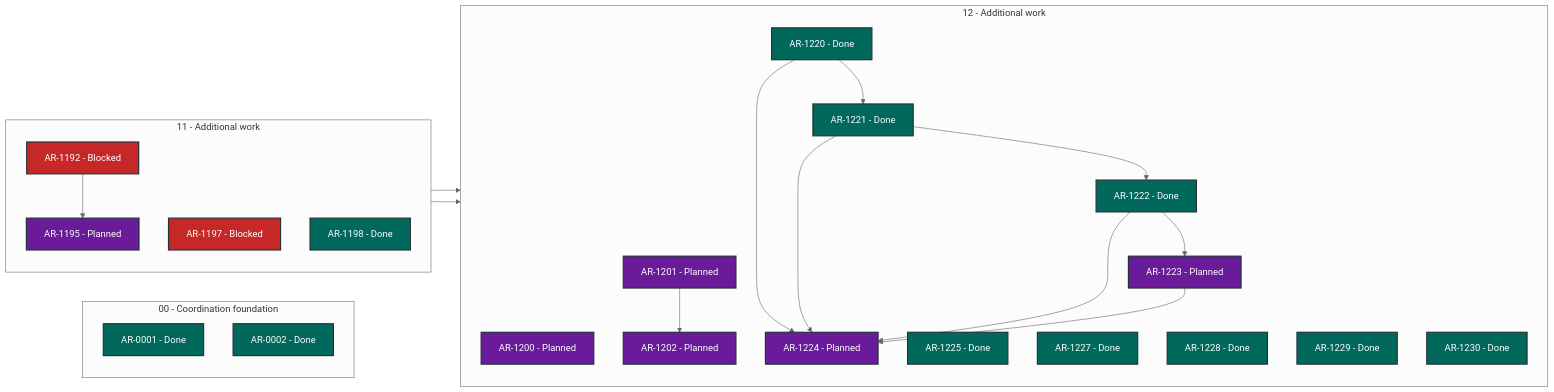
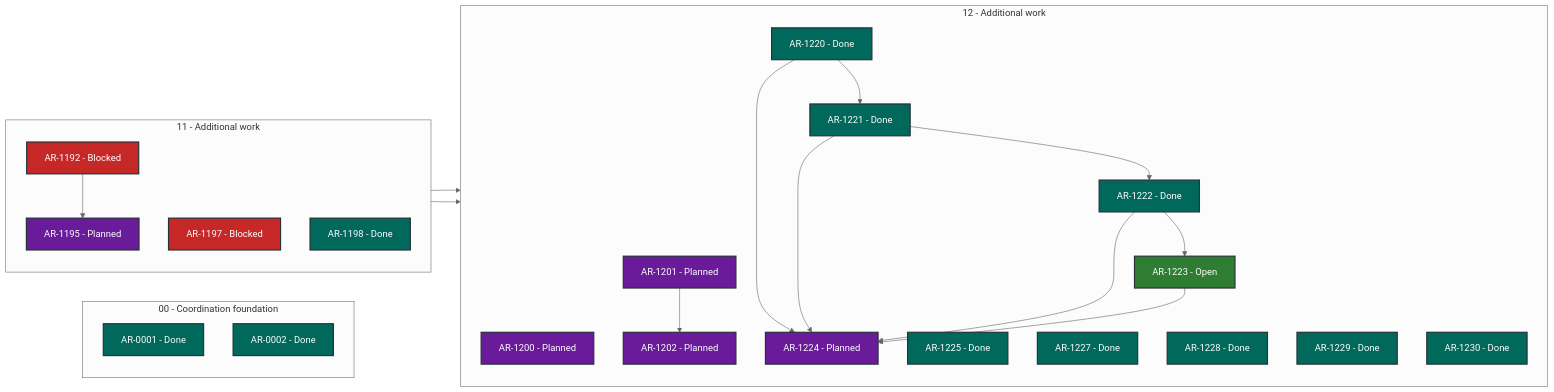
Before and after one commit to martin-beck/asb-tui-state: the diagram in STATUS.md, drawn with Mermaid (neutral theme). The commit also changed other lines of this file and 2 other files, not shown here.

````diff
--- a/STATUS.md
+++ b/STATUS.md
@@ -27,50 +27,50 @@
 ```mermaid
 flowchart LR
     subgraph series_00["00 - Coordination foundation"]
         direction TB
         AR_0001["AR-0001 - Done"]:::status_done
         AR_0002["AR-0002 - Done"]:::status_done
     end
     subgraph series_11["11 - Additional work"]
         direction TB
         AR_1192["AR-1192 - Blocked"]:::status_blocked
         AR_1195["AR-1195 - Planned"]:::status_planned
         AR_1197["AR-1197 - Blocked"]:::status_blocked
         AR_1198["AR-1198 - Done"]:::status_done
     end
     subgraph series_12["12 - Additional work"]
         direction TB
         AR_1200["AR-1200 - Planned"]:::status_planned
         AR_1201["AR-1201 - Planned"]:::status_planned
         AR_1202["AR-1202 - Planned"]:::status_planned
         AR_1220["AR-1220 - Done"]:::status_done
         AR_1221["AR-1221 - Done"]:::status_done
         AR_1222["AR-1222 - Done"]:::status_done
-        AR_1223["AR-1223 - Planned"]:::status_planned
+        AR_1223["AR-1223 - Open"]:::status_open
         AR_1224["AR-1224 - Planned"]:::status_planned
         AR_1225["AR-1225 - Done"]:::status_done
         AR_1227["AR-1227 - Done"]:::status_done
         AR_1228["AR-1228 - Done"]:::status_done
         AR_1229["AR-1229 - Done"]:::status_done
         AR_1230["AR-1230 - Done"]:::status_done
     end
     AR_1192 --> AR_1195
     AR_1195 --> AR_1200
     AR_1197 --> AR_1201
     AR_1201 --> AR_1202
     AR_1220 --> AR_1221
     AR_1220 --> AR_1224
     AR_1221 --> AR_1222
     AR_1221 --> AR_1224
     AR_1222 --> AR_1223
     AR_1222 --> AR_1224
     AR_1223 --> AR_1224
     classDef status_in_progress fill:#1565c0,color:#ffffff,stroke:#263238,stroke-width:2px
     classDef status_open fill:#2e7d32,color:#ffffff,stroke:#263238,stroke-width:2px
     classDef status_blocked fill:#c62828,color:#ffffff,stroke:#263238,stroke-width:2px
     classDef status_planned fill:#6a1b9a,color:#ffffff,stroke:#263238,stroke-width:2px
     classDef status_future fill:#455a64,color:#ffffff,stroke:#263238,stroke-width:2px
     classDef status_done fill:#00695c,color:#ffffff,stroke:#263238,stroke-width:2px
     classDef status_cancelled fill:#616161,color:#ffffff,stroke:#263238,stroke-width:2px
     classDef status_superseded fill:#5d4037,color:#ffffff,stroke:#263238,stroke-width:2px
 ```
````
